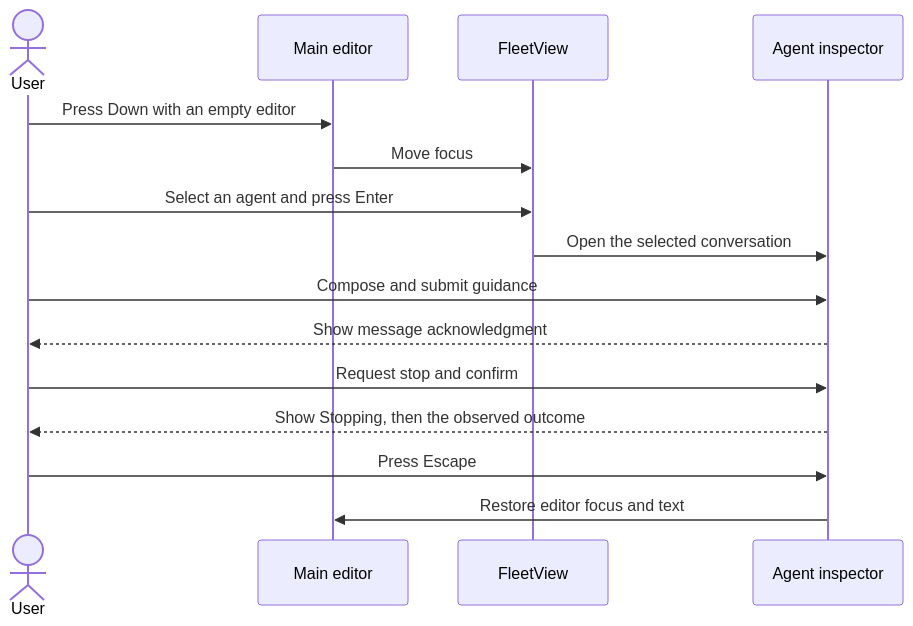
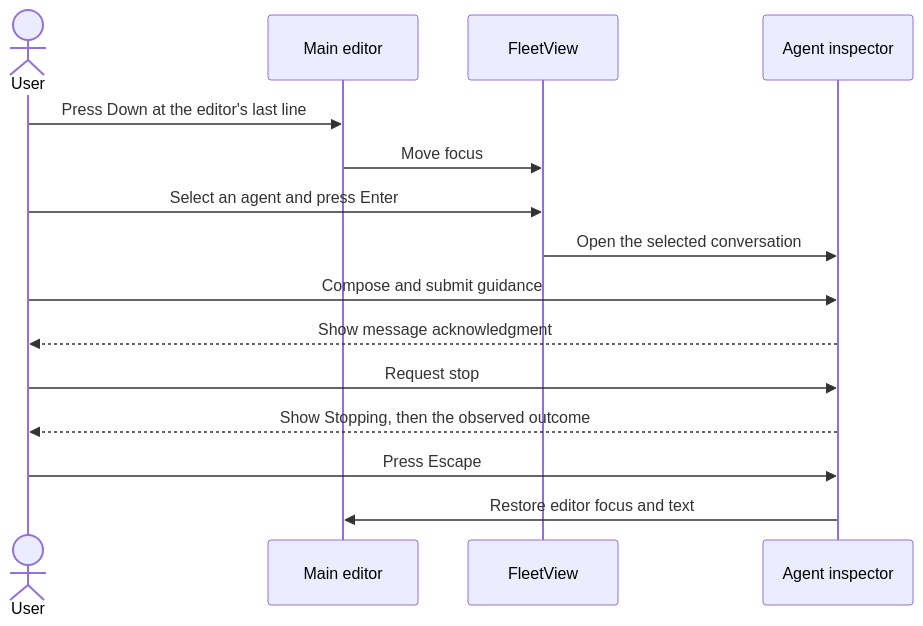
One commit to WeZZard/pi-secretary changed the diagram in docs/ux/subagents.md. Above: the diagram before and after it, drawn with Mermaid. The commit also changed other lines of this file and 25 other files, not shown here.

````diff
--- a/docs/ux/subagents.md
+++ b/docs/ux/subagents.md
@@ -583,17 +583,17 @@
 ```mermaid
 sequenceDiagram
     actor User
     participant Editor as Main editor
     participant Fleet as FleetView
     participant Inspector as Agent inspector
-    User->>Editor: Press Down with an empty editor
+    User->>Editor: Press Down at the editor's last line
     Editor->>Fleet: Move focus
     User->>Fleet: Select an agent and press Enter
     Fleet->>Inspector: Open the selected conversation
     User->>Inspector: Compose and submit guidance
     Inspector-->>User: Show message acknowledgment
-    User->>Inspector: Request stop and confirm
+    User->>Inspector: Request stop
     Inspector-->>User: Show Stopping, then the observed outcome
     User->>Inspector: Press Escape
     Inspector->>Editor: Restore editor focus and text
 ```
````
